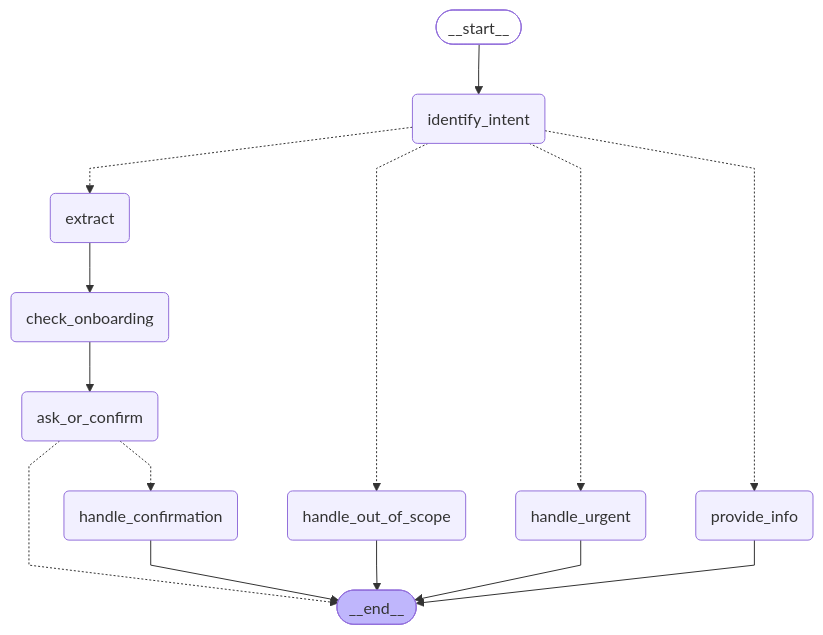
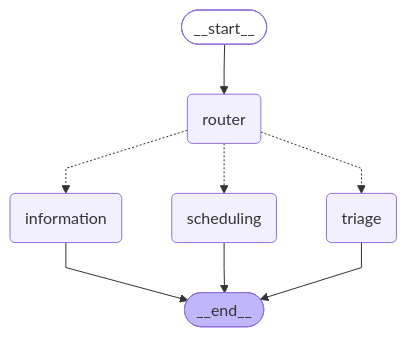
Before and after one commit to djairofilho/medagenda-poc-agent: the diagram in langgraph_diagram.mmd, drawn with Mermaid. The commit also changed 18 other files, not shown here.

```diff
--- a/langgraph_diagram.mmd
+++ b/langgraph_diagram.mmd
@@ -1,32 +1,22 @@
 ---
 config:
   flowchart:
     curve: linear
 ---
 graph TD;
 	__start__([<p>__start__</p>]):::first
-	extract(extract)
-	identify_intent(identify_intent)
-	provide_info(provide_info)
-	handle_urgent(handle_urgent)
-	handle_out_of_scope(handle_out_of_scope)
-	check_onboarding(check_onboarding)
-	ask_or_confirm(ask_or_confirm)
-	handle_confirmation(handle_confirmation)
+	router(router)
+	scheduling(scheduling)
+	triage(triage)
+	information(information)
 	__end__([<p>__end__</p>]):::last
-	__start__ --> identify_intent;
-	ask_or_confirm -.-> __end__;
-	ask_or_confirm -.-> handle_confirmation;
-	check_onboarding --> ask_or_confirm;
-	extract --> check_onboarding;
-	identify_intent -.-> extract;
-	identify_intent -.-> handle_out_of_scope;
-	identify_intent -.-> handle_urgent;
-	identify_intent -.-> provide_info;
-	handle_confirmation --> __end__;
-	handle_out_of_scope --> __end__;
-	handle_urgent --> __end__;
-	provide_info --> __end__;
+	__start__ --> router;
+	router -.-> information;
+	router -.-> scheduling;
+	router -.-> triage;
+	information --> __end__;
+	scheduling --> __end__;
+	triage --> __end__;
 	classDef default fill:#f2f0ff,line-height:1.2
 	classDef first fill-opacity:0
 	classDef last fill:#bfb6fc
```
